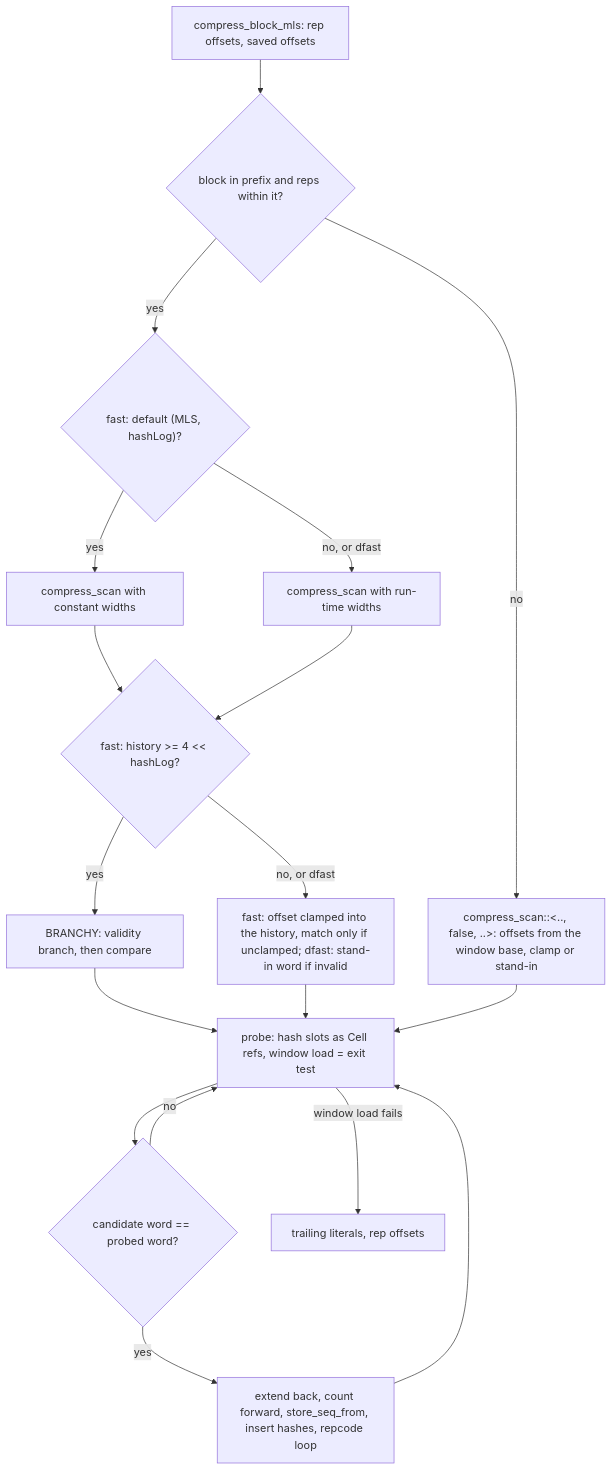
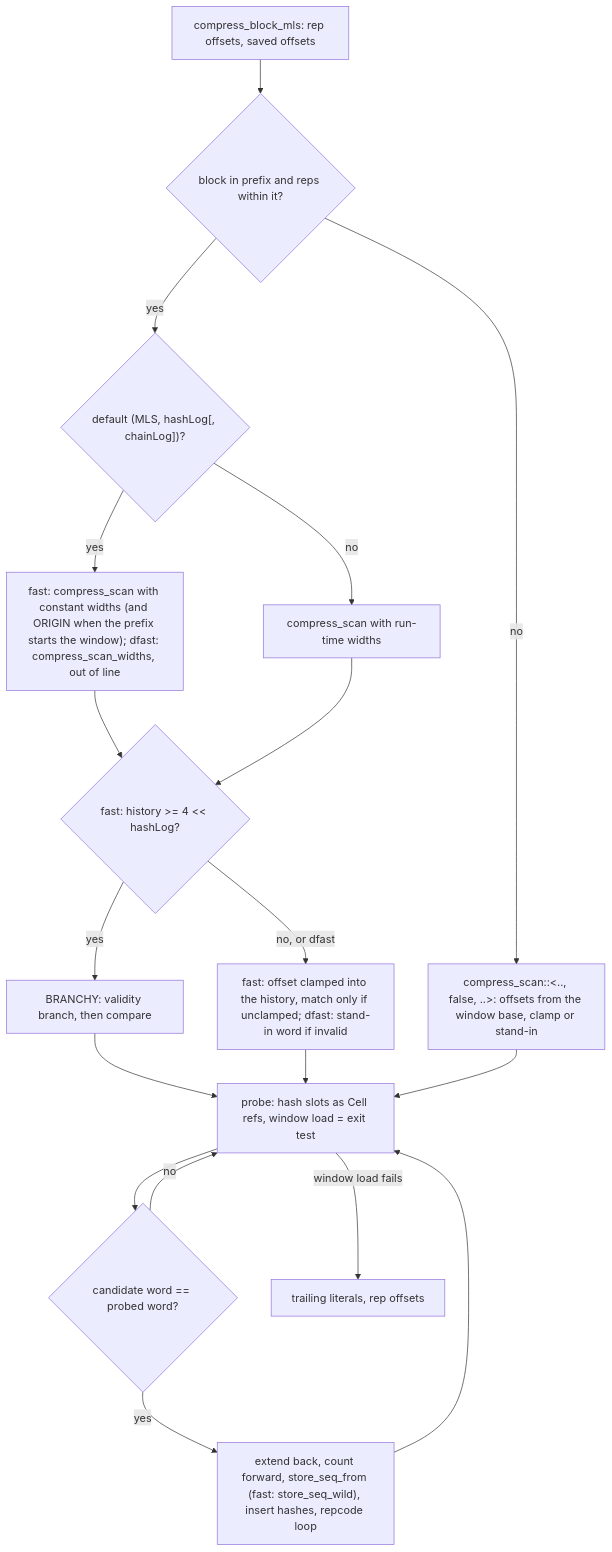
Before and after one commit to M-Compressors/mzstd: diagram 12 of 17 in architecture/encoder-core.md, drawn with Mermaid. The commit also changed other lines of this file and 419 other files, not shown here.

````diff
--- a/architecture/encoder-core.md
+++ b/architecture/encoder-core.md
@@ -457,20 +556,20 @@
 ```mermaid
 flowchart TD
     A[compress_block_mls: rep offsets, saved offsets] --> B{block in prefix and reps within it?}
-    B -- yes --> W{"fast: default (MLS, hashLog)?"}
-    W -- yes --> CW["compress_scan with constant widths"]
-    W -- "no, or dfast" --> CR["compress_scan with run-time widths"]
+    B -- yes --> W{"default (MLS, hashLog[, chainLog])?"}
+    W -- yes --> CW["fast: compress_scan with constant widths (and ORIGIN when the prefix starts the window); dfast: compress_scan_widths, out of line"]
+    W -- no --> CR["compress_scan with run-time widths"]
     CW --> Y{"fast: history >= 4 << hashLog?"}
     CR --> Y
     Y -- yes --> C1["BRANCHY: validity branch, then compare"]
     Y -- "no, or dfast" --> C2["fast: offset clamped into the history, match only if unclamped; dfast: stand-in word if invalid"]
     B -- no --> D["compress_scan::<.., false, ..>: offsets from the window base, clamp or stand-in"]
     C1 --> E[probe: hash slots as Cell refs, window load = exit test]
     C2 --> E
     D --> E
     E --> F{"candidate word == probed word?"}
     F -- no --> E
-    F -- yes --> G[extend back, count forward, store_seq_from, insert hashes, repcode loop]
+    F -- yes --> G["extend back, count forward, store_seq_from (fast: store_seq_wild), insert hashes, repcode loop"]
     G --> E
     E -- window load fails --> H[trailing literals, rep offsets]
 ```
````
